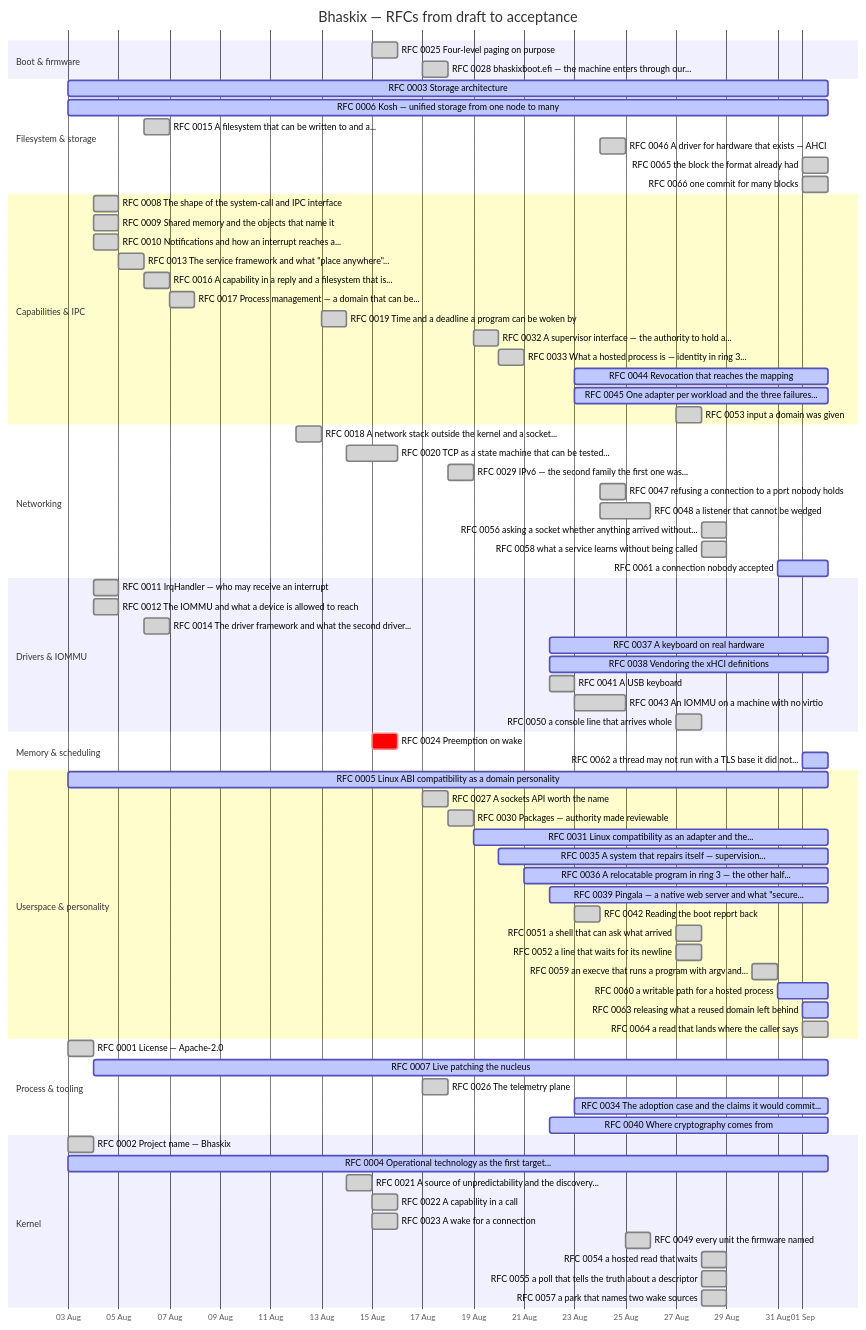
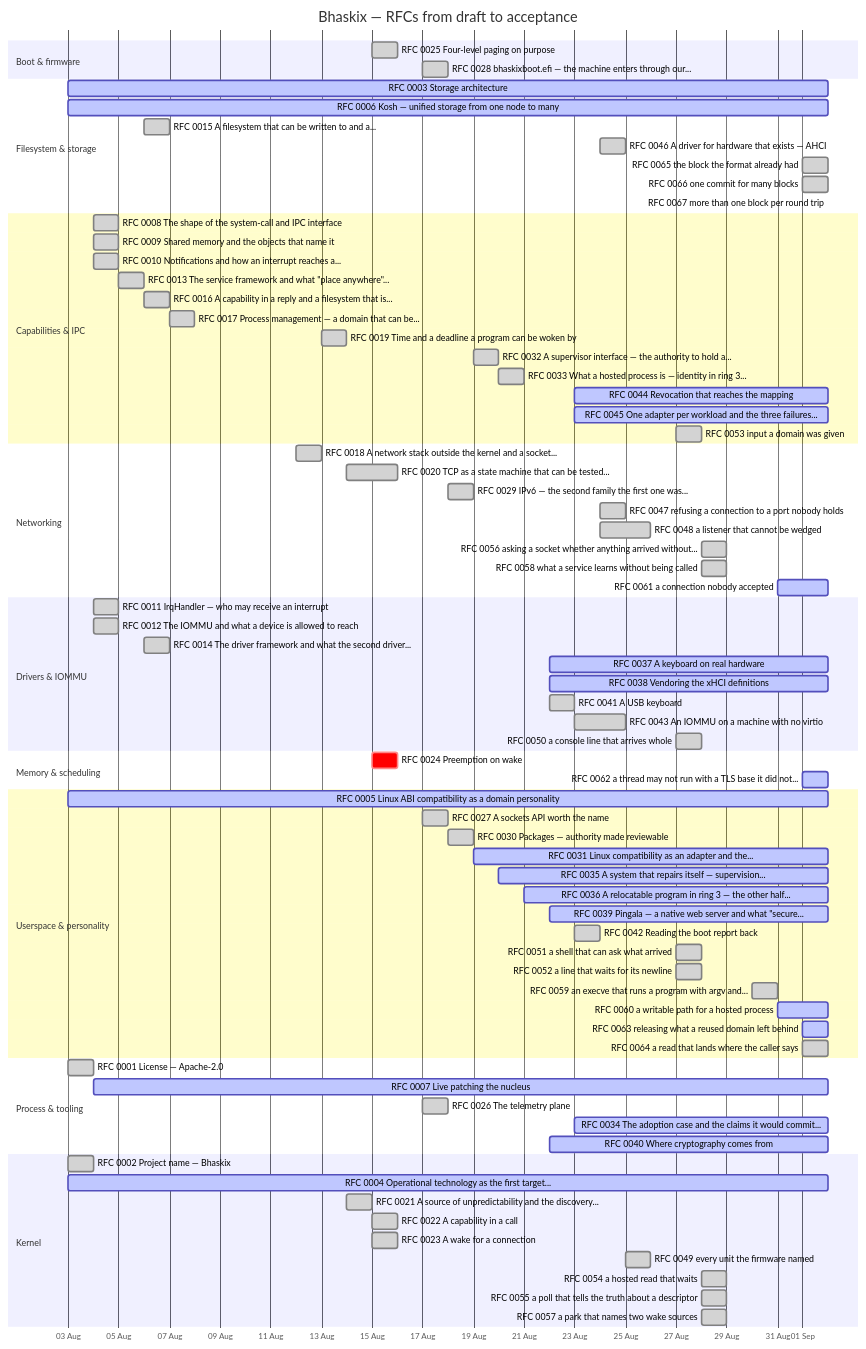
One commit to bhaskix/bhaskix changed the diagram in docs/progress.md. Above: the diagram before and after it, drawn with Mermaid. The commit also changed other lines of this file and 3 other files, not shown here.

```diff
--- a/docs/progress.md
+++ b/docs/progress.md
@@ -37,6 +37,7 @@
     RFC 0046 A driver for hardware that exists — AHCI :done, r0046, 2026-08-24, 1d
     RFC 0065 the block the format already had :done, r0065, 2026-09-01, 1d
     RFC 0066 one commit for many blocks :done, r0066, 2026-09-01, 1d
+    RFC 0067 more than one block per round trip :active, r0067, 2026-09-02, 2026-09-02
     section Capabilities & IPC
     RFC 0008 The shape of the system-call and IPC interface :done, r0008, 2026-08-04, 1d
     RFC 0009 Shared memory and the objects that name it :done, r0009, 2026-08-04, 1d
```
